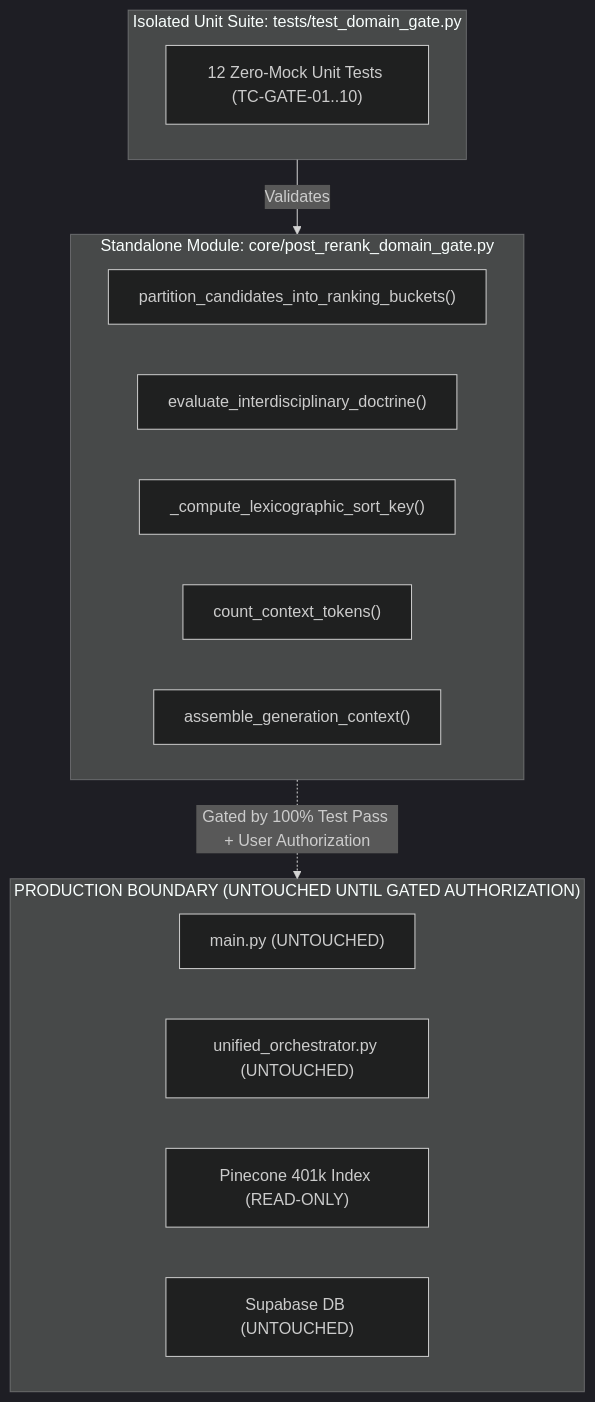
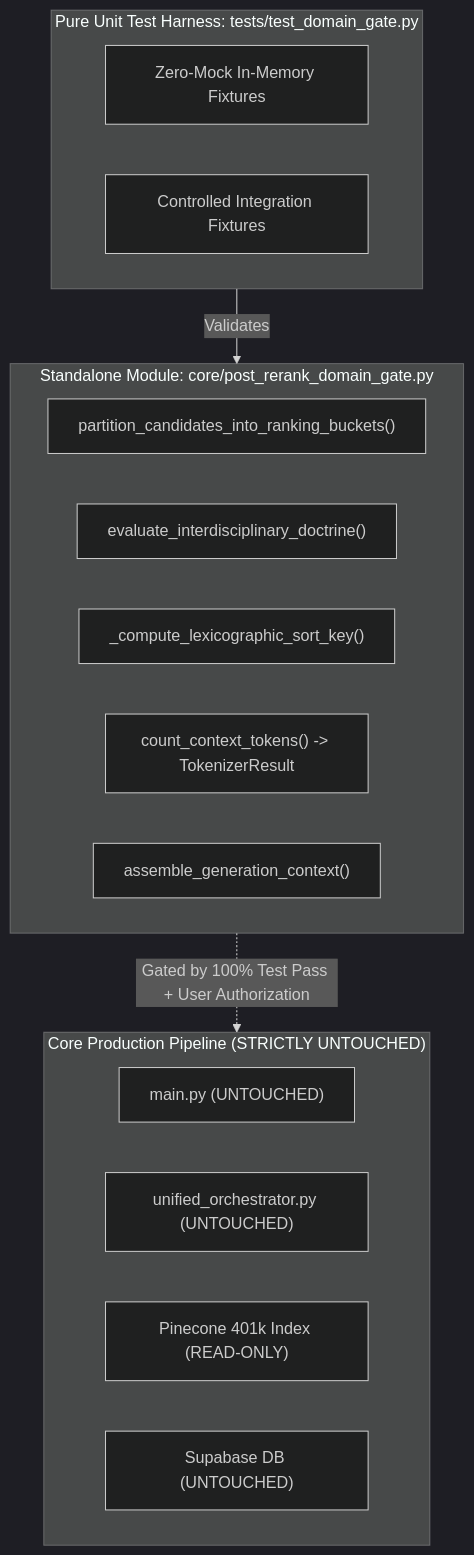
Before and after one commit to abdulkabeerkhan-dev/lawyer-Backend: the second of 2 diagrams in PHASE4_STEP5_IMPLEMENTATION_PLAN.md, drawn with Mermaid (dark theme). The commit also changed other lines of this file, not shown here.

Commit message:
docs(plan): upgrade implementation plan to v1.2.0 resolving all 8 pre-authorization audit findings

````diff
--- a/PHASE4_STEP5_IMPLEMENTATION_PLAN.md
+++ b/PHASE4_STEP5_IMPLEMENTATION_PLAN.md
@@ -202,24 +256,25 @@
 ```mermaid
 flowchart TD
     subgraph IsolatedModule["Standalone Module: core/post_rerank_domain_gate.py"]
         F1["partition_candidates_into_ranking_buckets()"]
         F2["evaluate_interdisciplinary_doctrine()"]
         F3["_compute_lexicographic_sort_key()"]
-        F4["count_context_tokens()"]
+        F4["count_context_tokens() -> TokenizerResult"]
         F5["assemble_generation_context()"]
     end
 
-    subgraph IsolatedTests["Isolated Unit Suite: tests/test_domain_gate.py"]
-        T1["12 Zero-Mock Unit Tests (TC-GATE-01..10)"]
+    subgraph IsolatedTests["Pure Unit Test Harness: tests/test_domain_gate.py"]
+        T1["Zero-Mock In-Memory Fixtures"]
+        T2["Controlled Integration Fixtures"]
     end
 
-    subgraph ProductionBoundary["PRODUCTION BOUNDARY (UNTOUCHED UNTIL GATED AUTHORIZATION)"]
+    subgraph CoreProduction["Core Production Pipeline (STRICTLY UNTOUCHED)"]
         P1["main.py (UNTOUCHED)"]
         P2["unified_orchestrator.py (UNTOUCHED)"]
         P3["Pinecone 401k Index (READ-ONLY)"]
         P4["Supabase DB (UNTOUCHED)"]
     end
 
     IsolatedTests -->|Validates| IsolatedModule
-    IsolatedModule -.->|Gated by 100% Test Pass + User Authorization| ProductionBoundary
+    IsolatedModule -.->|Gated by 100% Test Pass + User Authorization| CoreProduction
 ```
````
